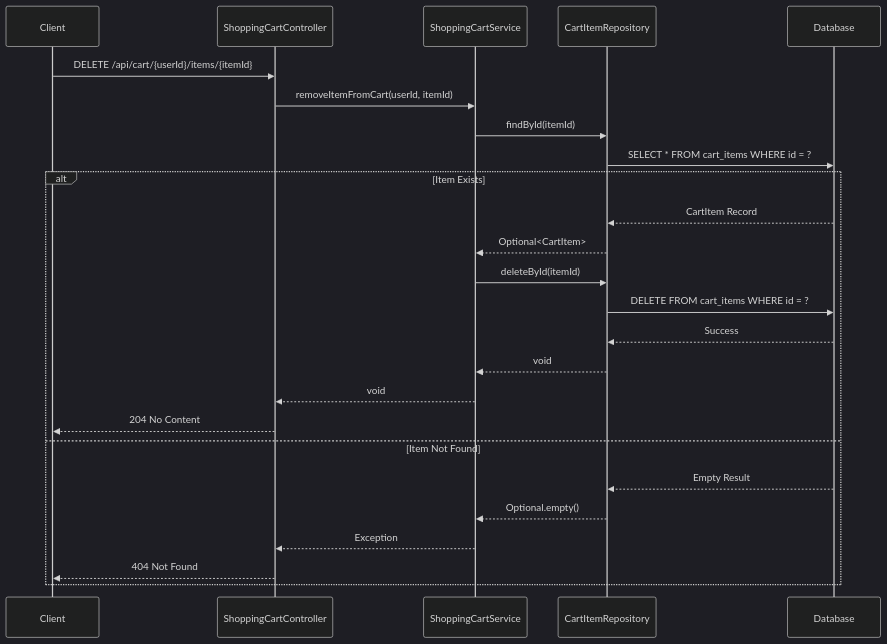
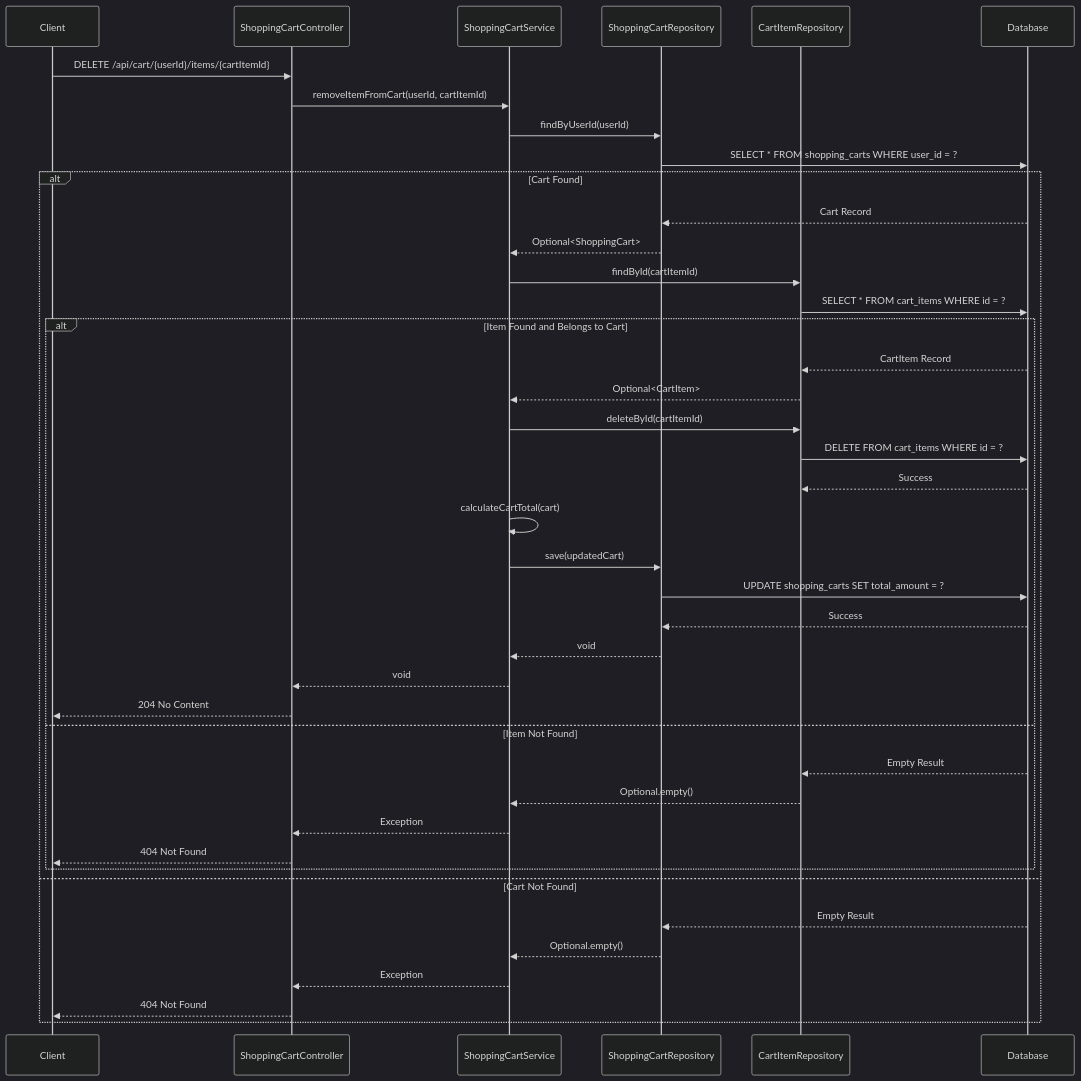
Diagram 13 of 13 in docs/LLD/modified_lld.md (NavneetBN47/aava-ecom-demo), drawn with Mermaid (dark theme) before and after one commit. The commit also changed other lines of this file, not shown here.

````diff
--- a/docs/LLD/modified_lld.md
+++ b/docs/LLD/modified_lld.md
@@ -488,29 +483,46 @@
 ```mermaid
 sequenceDiagram
     participant Client
     participant ShoppingCartController
     participant ShoppingCartService
+    participant ShoppingCartRepository
     participant CartItemRepository
     participant Database
 
-    Client->>ShoppingCartController: DELETE /api/cart/{userId}/items/{itemId}
-    ShoppingCartController->>ShoppingCartService: removeItemFromCart(userId, itemId)
-    ShoppingCartService->>CartItemRepository: findById(itemId)
-    CartItemRepository->>Database: SELECT * FROM cart_items WHERE id = ?
+    Client->>ShoppingCartController: DELETE /api/cart/{userId}/items/{cartItemId}
+    ShoppingCartController->>ShoppingCartService: removeItemFromCart(userId, cartItemId)
+    ShoppingCartService->>ShoppingCartRepository: findByUserId(userId)
+    ShoppingCartRepository->>Database: SELECT * FROM shopping_carts WHERE user_id = ?
     
-    alt Item Exists
-        Database-->>CartItemRepository: CartItem Record
-        CartItemRepository-->>ShoppingCartService: Optional<CartItem>
-        ShoppingCartService->>CartItemRepository: deleteById(itemId)
-        CartItemRepository->>Database: DELETE FROM cart_items WHERE id = ?
-        Database-->>CartItemRepository: Success
-        CartItemRepository-->>ShoppingCartService: void
-        ShoppingCartService-->>ShoppingCartController: void
-        ShoppingCartController-->>Client: 204 No Content
-    else Item Not Found
-        Database-->>CartItemRepository: Empty Result
-        CartItemRepository-->>ShoppingCartService: Optional.empty()
+    alt Cart Found
+        Database-->>ShoppingCartRepository: Cart Record
+        ShoppingCartRepository-->>ShoppingCartService: Optional<ShoppingCart>
+        ShoppingCartService->>CartItemRepository: findById(cartItemId)
+        CartItemRepository->>Database: SELECT * FROM cart_items WHERE id = ?
+        
+        alt Item Found and Belongs to Cart
+            Database-->>CartItemRepository: CartItem Record
+            CartItemRepository-->>ShoppingCartService: Optional<CartItem>
+            ShoppingCartService->>CartItemRepository: deleteById(cartItemId)
+            CartItemRepository->>Database: DELETE FROM cart_items WHERE id = ?
+            Database-->>CartItemRepository: Success
+            ShoppingCartService->>ShoppingCartService: calculateCartTotal(cart)
+            ShoppingCartService->>ShoppingCartRepository: save(updatedCart)
+            ShoppingCartRepository->>Database: UPDATE shopping_carts SET total_amount = ?
+            Database-->>ShoppingCartRepository: Success
+            ShoppingCartRepository-->>ShoppingCartService: void
+            ShoppingCartService-->>ShoppingCartController: void
+            ShoppingCartController-->>Client: 204 No Content
+        else Item Not Found
+            Database-->>CartItemRepository: Empty Result
+            CartItemRepository-->>ShoppingCartService: Optional.empty()
+            ShoppingCartService-->>ShoppingCartController: Exception
+            ShoppingCartController-->>Client: 404 Not Found
+        end
+    else Cart Not Found
+        Database-->>ShoppingCartRepository: Empty Result
+        ShoppingCartRepository-->>ShoppingCartService: Optional.empty()
         ShoppingCartService-->>ShoppingCartController: Exception
         ShoppingCartController-->>Client: 404 Not Found
     end
 ```
````
